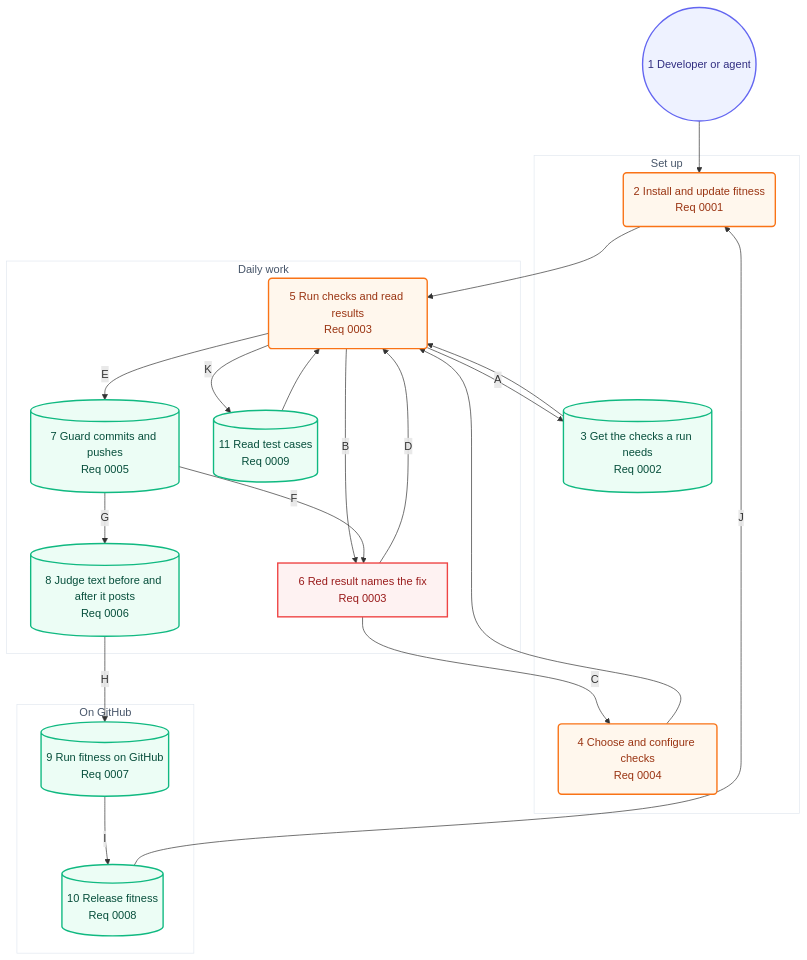
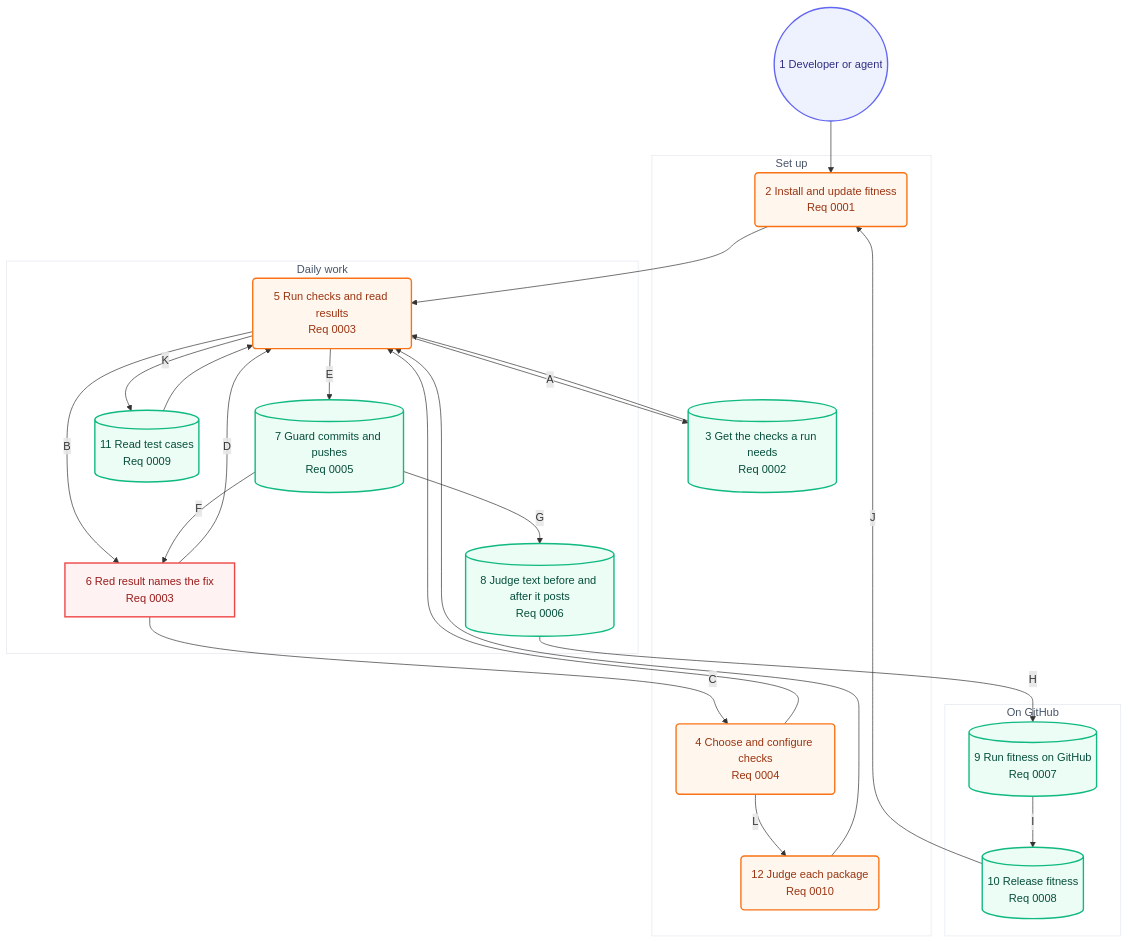
Before and after one commit to may-journal/fitness-runner: the second of 2 diagrams in docs/architecture/05-user-journey.md, drawn with Mermaid. The commit also changed other lines of this file and 12 other files, not shown here.

First line of the commit message:
feat(config): name a monorepo's package folders once in packages

````diff
--- a/docs/architecture/05-user-journey.md
+++ b/docs/architecture/05-user-journey.md
@@ -38,50 +38,53 @@
 ```mermaid
 flowchart TB
     dev((1 Developer or agent)):::persona
 
     subgraph setup["Set up"]
         install(2 Install and update fitness<br/>Req 0001):::action
         checks[(3 Get the checks a run needs<br/>Req 0002)]:::system
         configure(4 Choose and configure checks<br/>Req 0004):::action
+        packages(12 Judge each package<br/>Req 0010):::action
     end
 
     subgraph daily["Daily work"]
         run(5 Run checks and read results<br/>Req 0003):::action
         red[6 Red result names the fix<br/>Req 0003]:::blocked
         guard[(7 Guard commits and pushes<br/>Req 0005)]:::system
         judge[(8 Judge text before and after it posts<br/>Req 0006)]:::system
         cases[(11 Read test cases<br/>Req 0009)]:::system
     end
 
     subgraph github["On GitHub"]
         actions[(9 Run fitness on GitHub<br/>Req 0007)]:::system
         release[(10 Release fitness<br/>Req 0008)]:::system
     end
 
     dev --> install
     install --> run
     run -->|A| checks
     checks --> run
     run -->|B| red
     red -->|C| configure
     configure --> run
     red -->|D| run
     run -->|E| guard
     guard -->|F| red
     guard -->|G| judge
     judge -->|H| actions
     actions -->|I| release
     release -->|J| install
     run -->|K| cases
     cases --> run
+    configure -->|L| packages
+    packages --> run
 
     classDef persona fill:#eef2ff,stroke:#6366f1,color:#312e81,stroke-width:2px
     classDef screen fill:#f8fafc,stroke:#64748b,color:#1e293b,stroke-width:2px
     classDef action fill:#fff7ed,stroke:#f97316,color:#9a3412,stroke-width:2px
     classDef system fill:#ecfdf5,stroke:#10b981,color:#064e3b,stroke-width:2px
     classDef blocked fill:#fef2f2,stroke:#ef4444,color:#991b1b,stroke-width:2px
 
     style setup fill:#ffffff,stroke:#e2e8f0,color:#475569,stroke-width:1px
     style daily fill:#ffffff,stroke:#e2e8f0,color:#475569,stroke-width:1px
     style github fill:#ffffff,stroke:#e2e8f0,color:#475569,stroke-width:1px
 ```
````
